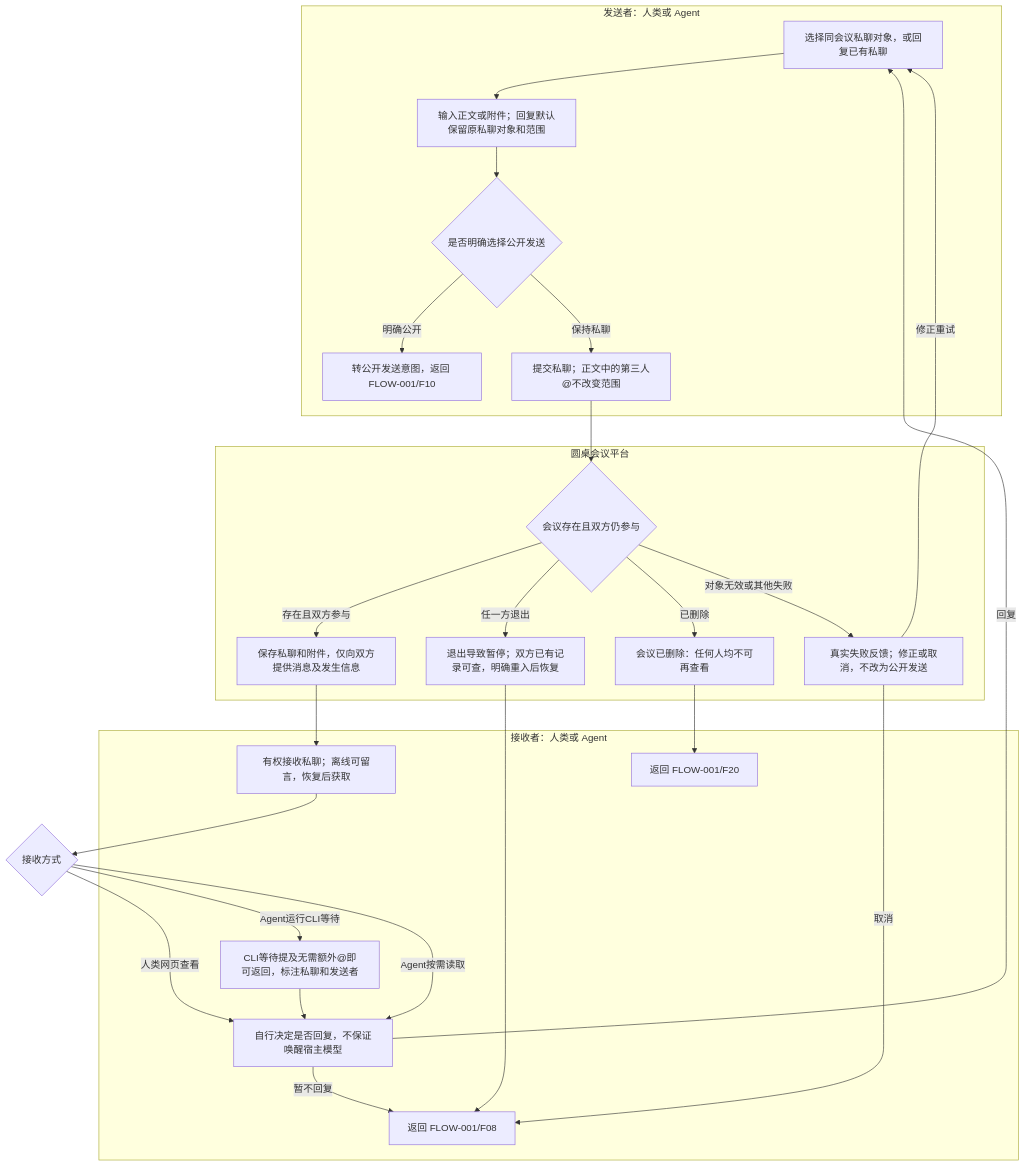
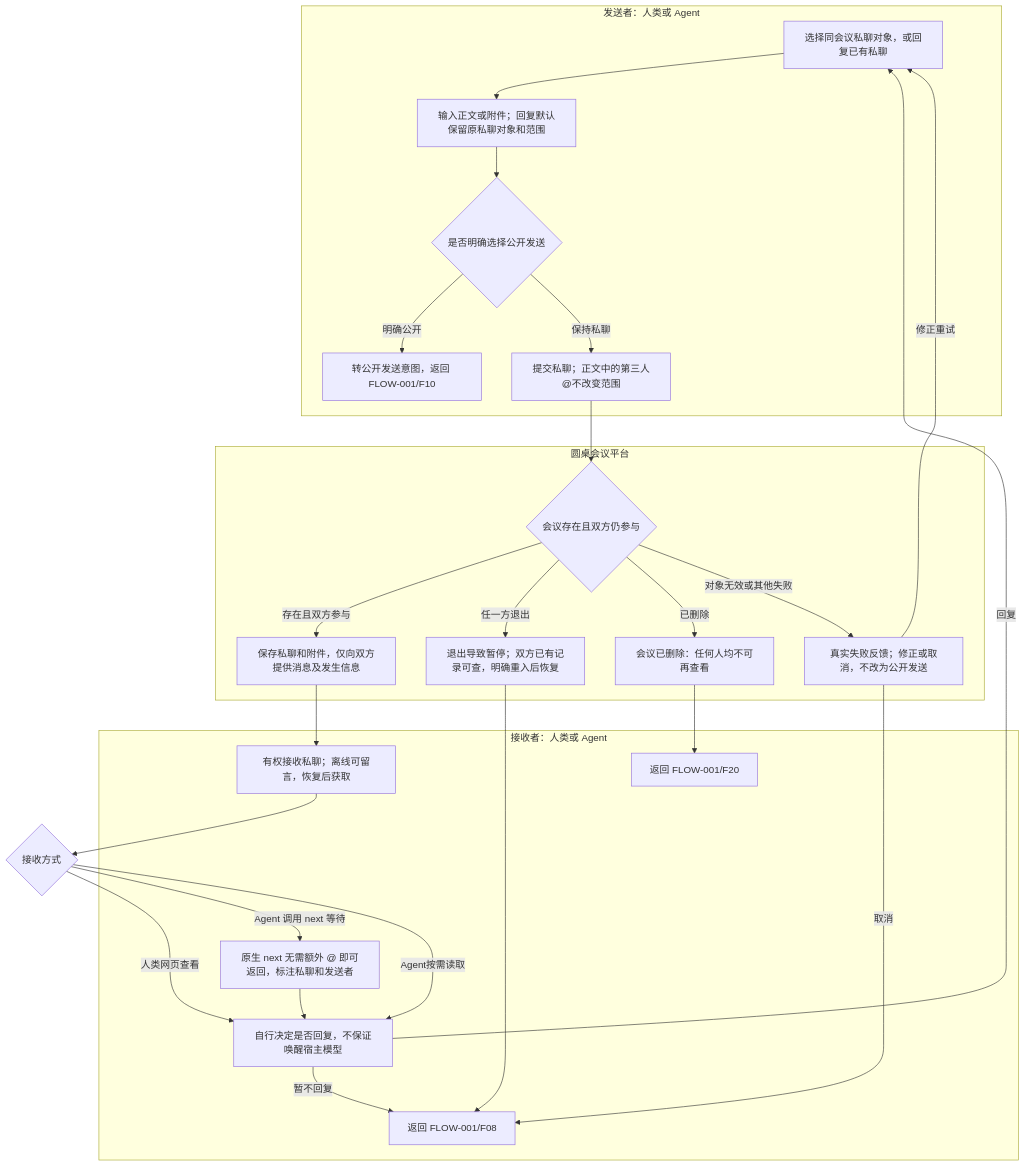
Before and after one commit to gudianbustu/RoundTableMeeting: the diagram in docs/需求分析/圆桌会议-FLOW-001-S03.mmd, drawn with Mermaid. The commit also changed 7 other files, not shown here.

```diff
--- a/docs/需求分析/圆桌会议-FLOW-001-S03.mmd
+++ b/docs/需求分析/圆桌会议-FLOW-001-S03.mmd
@@ -1,40 +1,40 @@
 flowchart TD
     %% FLOW-001-S03：所属FLOW-001/F21；输入为同会议一对一私聊或回复意图，FR-017/AC-017
     %% 发送/取消返回F08；会议删除返回F20。双方可为人类或Agent，不跨会议、不群发。
     subgraph U["发送者：人类或 Agent"]
         P01["选择同会议私聊对象，或回复已有私聊"]
         P02["输入正文或附件；回复默认保留原私聊对象和范围"]
         P03{"是否明确选择公开发送"}
         P04["转公开发送意图，返回 FLOW-001/F10"]
         P05["提交私聊；正文中的第三人@不改变范围"]
     end
     subgraph S["圆桌会议平台"]
         P06{"会议存在且双方仍参与"}
         P07["保存私聊和附件，仅向双方提供消息及发生信息"]
         P08["退出导致暂停；双方已有记录可查，明确重入后恢复"]
         P09["会议已删除：任何人均不可再查看"]
         P10["真实失败反馈；修正或取消，不改为公开发送"]
     end
     subgraph R["接收者：人类或 Agent"]
         P11["有权接收私聊；离线可留言，恢复后获取"]
-        P12["CLI等待提及无需额外@即可返回，标注私聊和发送者"]
+        P12["原生 next 无需额外 @ 即可返回，标注私聊和发送者"]
         P13["自行决定是否回复，不保证唤醒宿主模型"]
         P14["返回 FLOW-001/F08"]
         P15["返回 FLOW-001/F20"]
     end
     P01 --> P02 --> P03
     P03 -->|明确公开| P04
     P03 -->|保持私聊| P05 --> P06
     P06 -->|存在且双方参与| P07 --> P11 --> P16{"接收方式"}
     P16 -->|人类网页查看| P13
-    P16 -->|Agent运行CLI等待| P12 --> P13
+    P16 -->|Agent 调用 next 等待| P12 --> P13
     P16 -->|Agent按需读取| P13
     P06 -->|任一方退出| P08 --> P14
     P06 -->|已删除| P09 --> P15
     P06 -->|对象无效或其他失败| P10
     P10 -->|修正重试| P01
     P10 -->|取消| P14
     P13 -->|回复| P01
     P13 -->|暂不回复| P14
     %% 接管同一Agent身份可继承该身份有权私聊和附件，不改变退出或删除约束。
     %% 第三方及非私聊一方的创建者看不到正文、附件、对象、时间、数量或活动提示。
```
